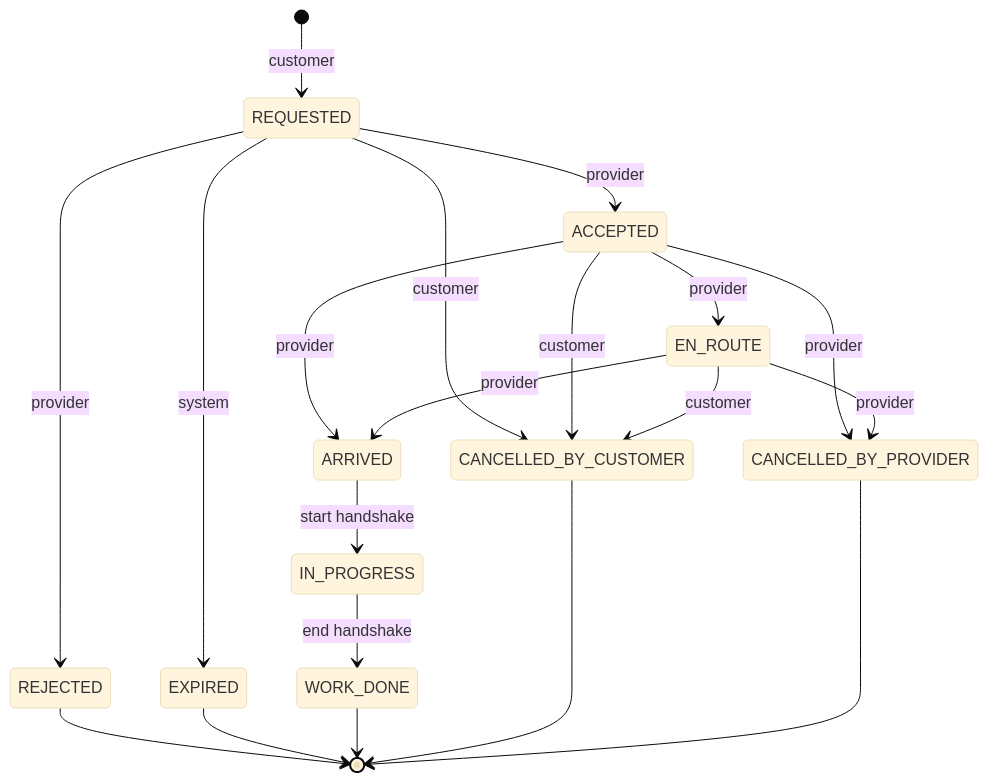
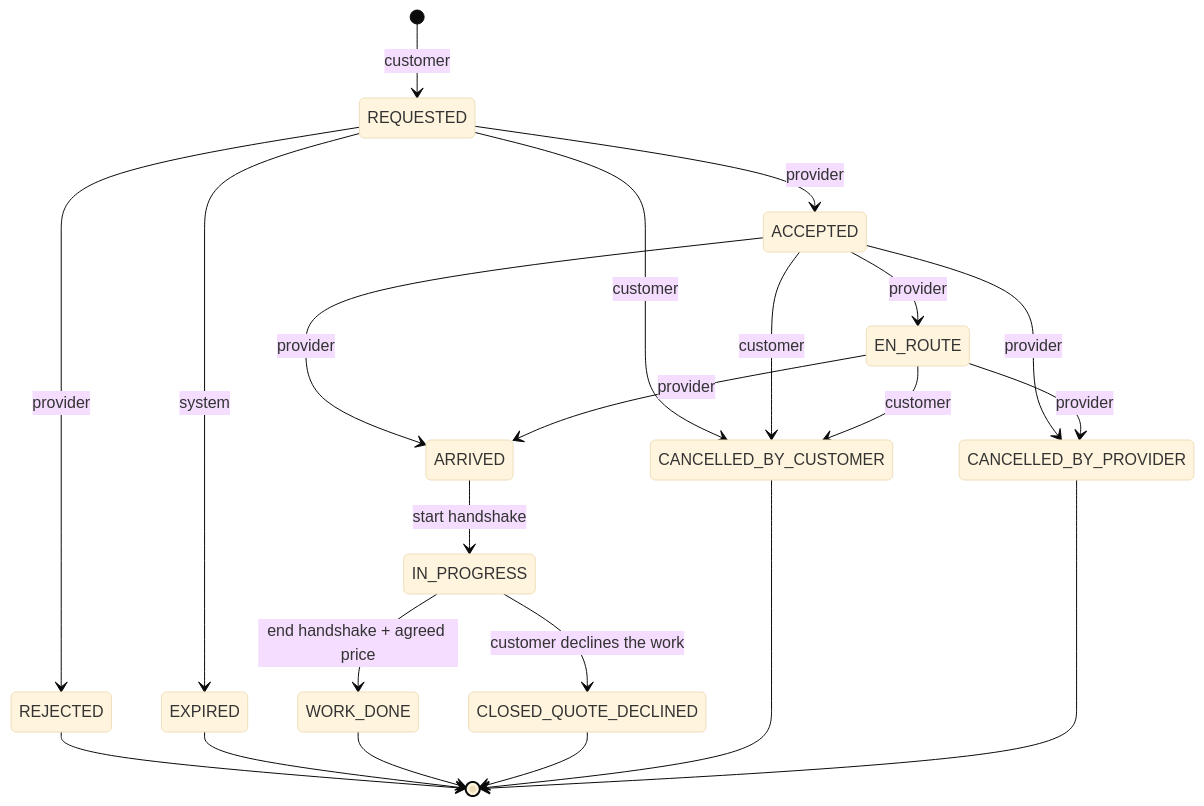
The second of 5 diagrams in docs/bookings.md (ankit8453/fixbridge), drawn with Mermaid (base theme) before and after one commit. The commit also changed other lines of this file and 30 other files, not shown here.

````diff
--- a/docs/bookings.md
+++ b/docs/bookings.md
@@ -107,26 +107,28 @@
 ```mermaid
 stateDiagram-v2
     [*] --> REQUESTED : customer
     REQUESTED --> ACCEPTED : provider
     REQUESTED --> REJECTED : provider
     REQUESTED --> EXPIRED : system
     REQUESTED --> CANCELLED_BY_CUSTOMER : customer
 
     ACCEPTED --> EN_ROUTE : provider
     ACCEPTED --> ARRIVED : provider
     ACCEPTED --> CANCELLED_BY_CUSTOMER : customer
     ACCEPTED --> CANCELLED_BY_PROVIDER : provider
 
     EN_ROUTE --> ARRIVED : provider
     EN_ROUTE --> CANCELLED_BY_CUSTOMER : customer
     EN_ROUTE --> CANCELLED_BY_PROVIDER : provider
 
     ARRIVED --> IN_PROGRESS : start handshake
-    IN_PROGRESS --> WORK_DONE : end handshake
+    IN_PROGRESS --> WORK_DONE : end handshake + agreed price
+    IN_PROGRESS --> CLOSED_QUOTE_DECLINED : customer declines the work
 
     REJECTED --> [*]
     EXPIRED --> [*]
     WORK_DONE --> [*]
+    CLOSED_QUOTE_DECLINED --> [*]
     CANCELLED_BY_CUSTOMER --> [*]
     CANCELLED_BY_PROVIDER --> [*]
 ```
````
